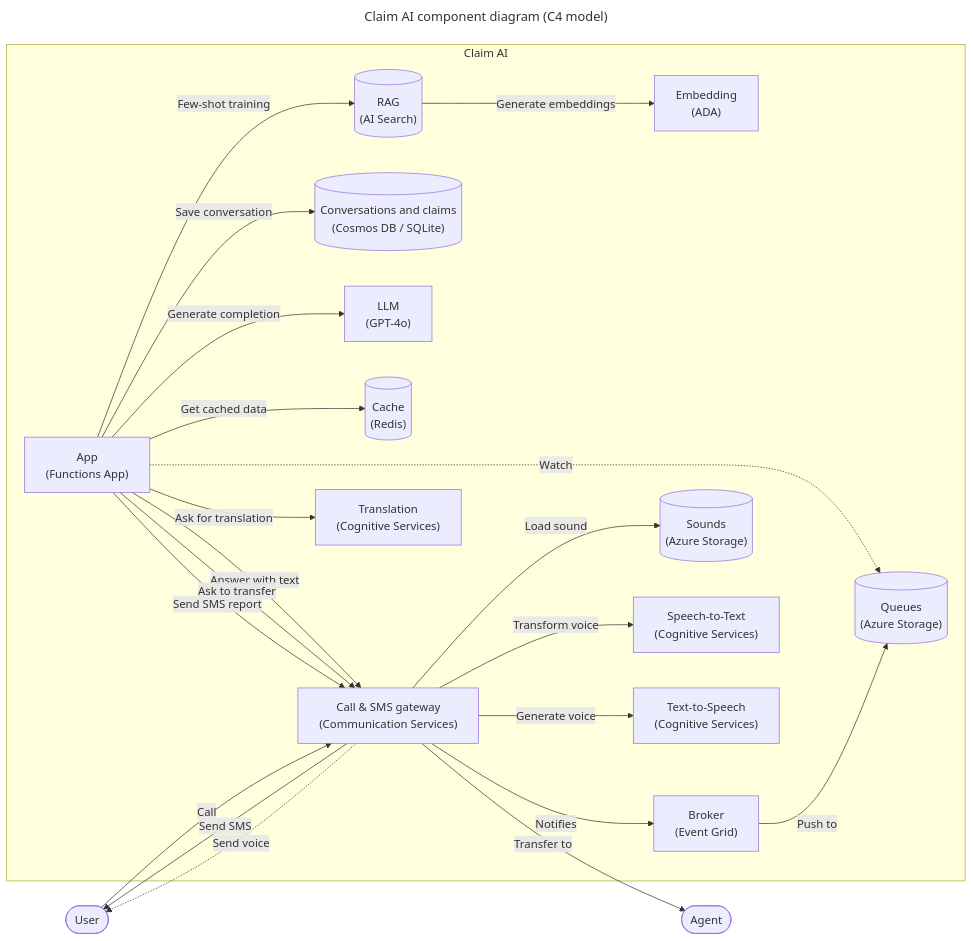
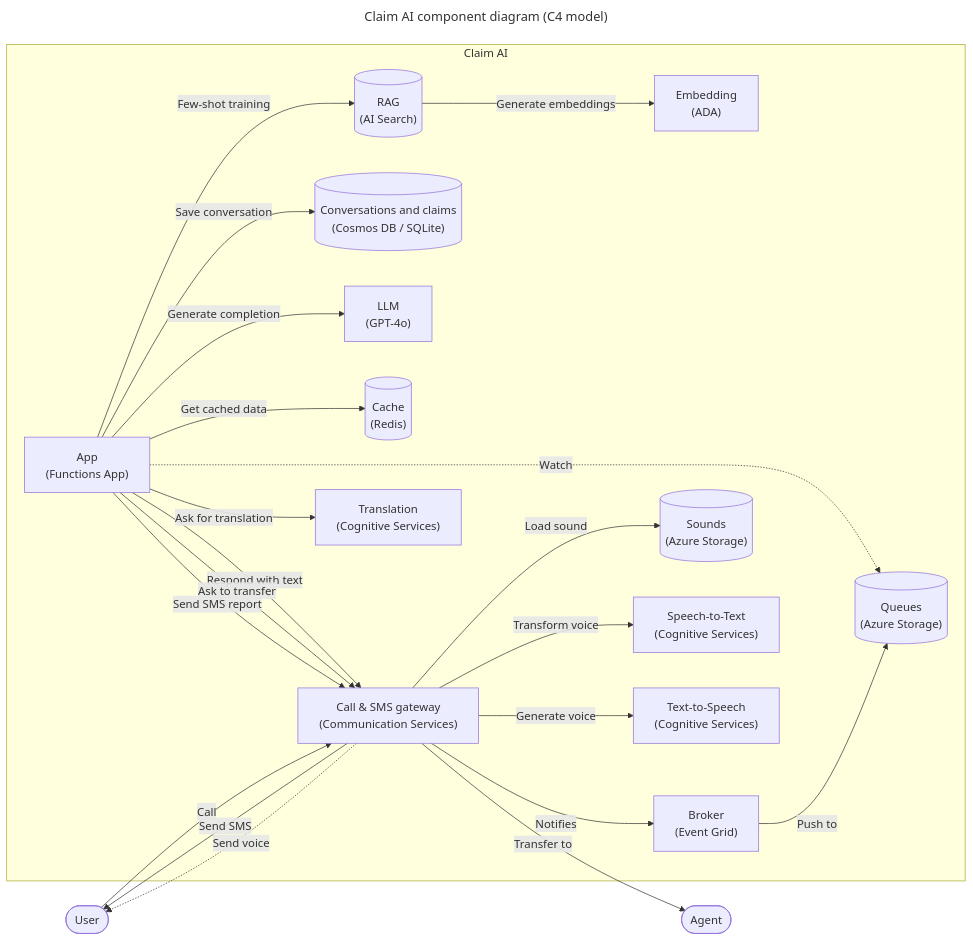
Before and after one commit to microsoft/call-center-ai: the second of 3 diagrams in README.md, drawn with Mermaid. The commit also changed other lines of this file and 8 other files, not shown here.

````diff
--- a/README.md
+++ b/README.md
@@ -135,48 +135,48 @@
 ```mermaid
 ---
 title: Claim AI component diagram (C4 model)
 ---
 graph LR
   agent(["Agent"])
   user(["User"])
 
   subgraph "Claim AI"
     ada["Embedding\n(ADA)"]
     app["App\n(Functions App)"]
     communication_services["Call & SMS gateway\n(Communication Services)"]
     db[("Conversations and claims\n(Cosmos DB / SQLite)")]
     eventgrid["Broker\n(Event Grid)"]
     gpt["LLM\n(GPT-4o)"]
     queues[("Queues\n(Azure Storage)")]
     redis[("Cache\n(Redis)")]
     search[("RAG\n(AI Search)")]
     sounds[("Sounds\n(Azure Storage)")]
     sst["Speech-to-Text\n(Cognitive Services)"]
     translation["Translation\n(Cognitive Services)"]
     tts["Text-to-Speech\n(Cognitive Services)"]
   end
 
-  app -- Answer with text --> communication_services
+  app -- Respond with text --> communication_services
   app -- Ask for translation --> translation
   app -- Ask to transfer --> communication_services
   app -- Few-shot training --> search
   app -- Generate completion --> gpt
   app -- Get cached data --> redis
   app -- Save conversation --> db
   app -- Send SMS report --> communication_services
   app -. Watch .-> queues
 
   communication_services -- Generate voice --> tts
   communication_services -- Load sound --> sounds
   communication_services -- Notifies --> eventgrid
   communication_services -- Send SMS --> user
   communication_services -- Transfer to --> agent
   communication_services -- Transform voice --> sst
   communication_services -. Send voice .-> user
 
   eventgrid -- Push to --> queues
 
   search -- Generate embeddings --> ada
 
   user -- Call --> communication_services
 ```
````
